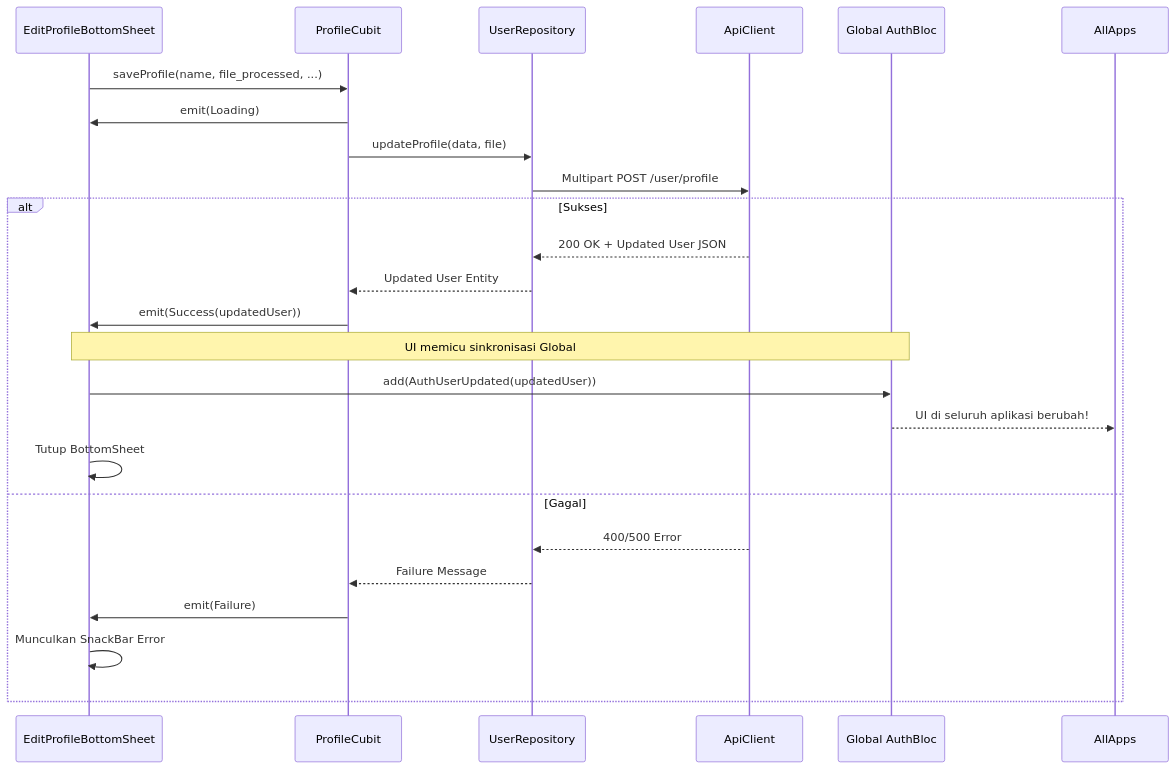
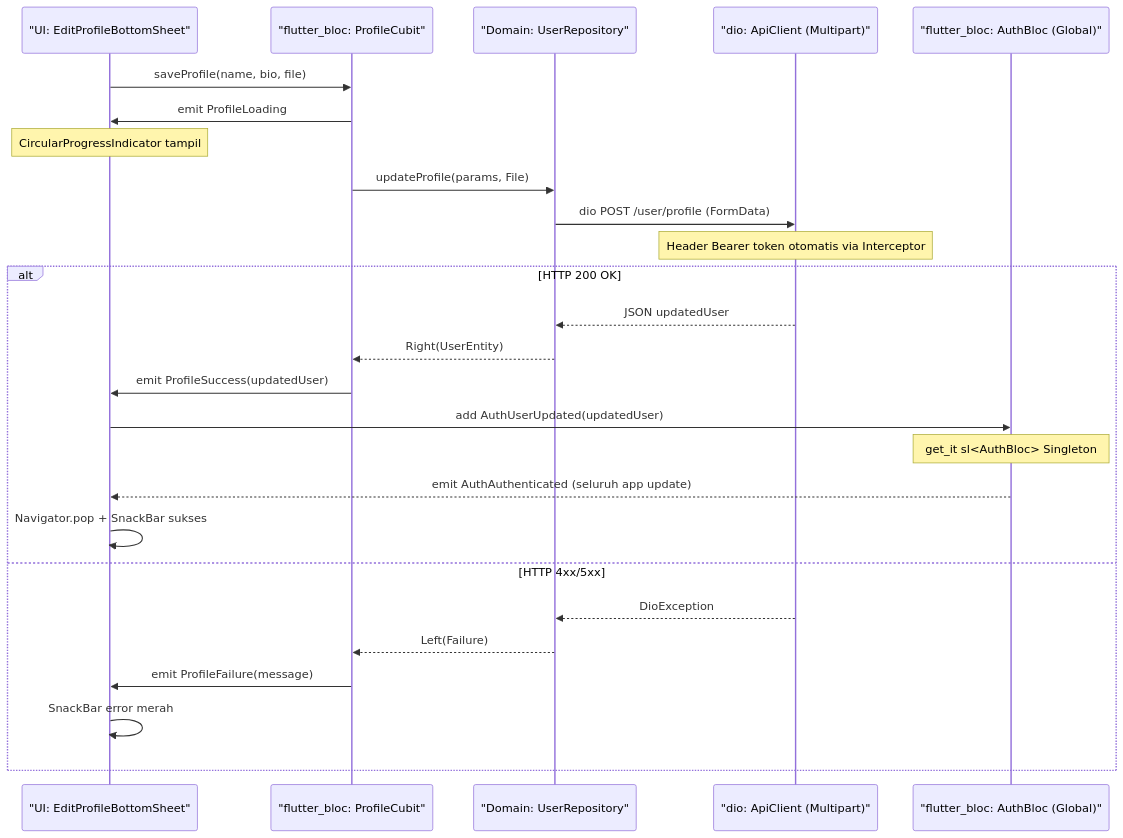
Before and after one commit to nunutech40/news-app-flutter: the second of 3 diagrams in docs/features/update_profile.md, drawn with Mermaid. The commit also changed other lines of this file, not shown here.

Commit message:
docs: improve diagram readability - shorter labels, explicit tech names in flowchart & sequence

````diff
--- a/docs/features/update_profile.md
+++ b/docs/features/update_profile.md
@@ -88,30 +87,31 @@
 ```mermaid
 sequenceDiagram
-    participant UI as EditProfileBottomSheet
-    participant Cubit as ProfileCubit
-    participant Repo as UserRepository
-    participant API as ApiClient
-    participant Auth as Global AuthBloc
+    participant UI as "UI: EditProfileBottomSheet"
+    participant Cubit as "flutter_bloc: ProfileCubit"
+    participant Repo as "Domain: UserRepository"
+    participant API as "dio: ApiClient (Multipart)"
+    participant Auth as "flutter_bloc: AuthBloc (Global)"
 
-    UI->>Cubit: saveProfile(name, file_processed, ...)
-    Cubit->>UI: emit(Loading)
-    
-    Cubit->>Repo: updateProfile(data, file)
-    Repo->>API: Multipart POST /user/profile
-    
-    alt Sukses
-        API-->>Repo: 200 OK + Updated User JSON
-        Repo-->>Cubit: Updated User Entity
-        Cubit->>UI: emit(Success(updatedUser))
-        
-        Note over UI,Auth: UI memicu sinkronisasi Global
-        UI->>Auth: add(AuthUserUpdated(updatedUser))
-        Auth-->>AllApps: UI di seluruh aplikasi berubah!
-        UI->>UI: Tutup BottomSheet
-    else Gagal
-        API-->>Repo: 400/500 Error
-        Repo-->>Cubit: Failure Message
-        Cubit->>UI: emit(Failure)
-        UI->>UI: Munculkan SnackBar Error
+    UI->>Cubit: saveProfile(name, bio, file)
+    Cubit->>UI: emit ProfileLoading
+    Note over UI: CircularProgressIndicator tampil
+
+    Cubit->>Repo: updateProfile(params, File)
+    Repo->>API: dio POST /user/profile (FormData)
+    Note over API: Header Bearer token otomatis via Interceptor
+
+    alt HTTP 200 OK
+        API-->>Repo: JSON updatedUser
+        Repo-->>Cubit: Right(UserEntity)
+        Cubit->>UI: emit ProfileSuccess(updatedUser)
+        UI->>Auth: add AuthUserUpdated(updatedUser)
+        Note over Auth: get_it sl<AuthBloc> Singleton
+        Auth-->>UI: emit AuthAuthenticated (seluruh app update)
+        UI->>UI: Navigator.pop + SnackBar sukses
+    else HTTP 4xx/5xx
+        API-->>Repo: DioException
+        Repo-->>Cubit: Left(Failure)
+        Cubit->>UI: emit ProfileFailure(message)
+        UI->>UI: SnackBar error merah
     end
 ```
````
